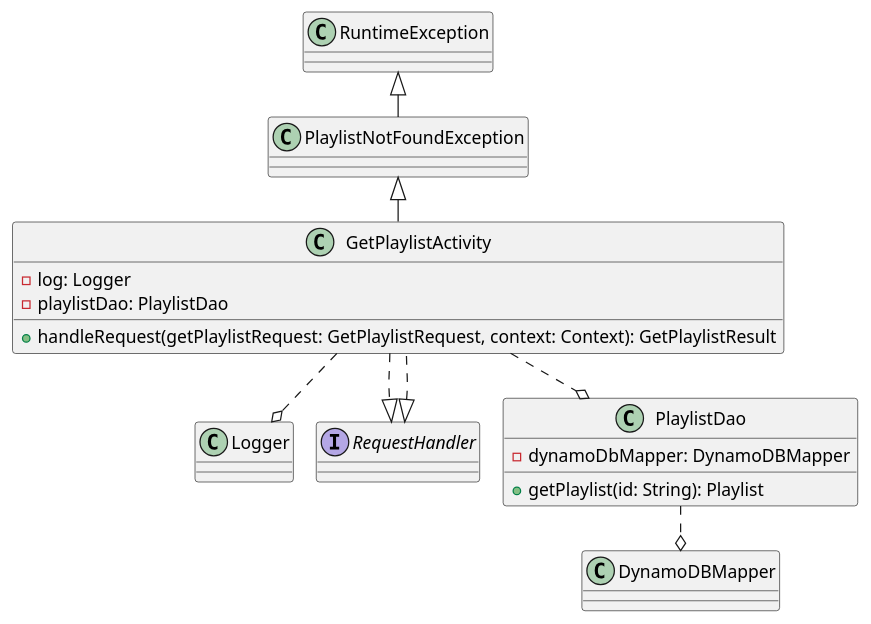
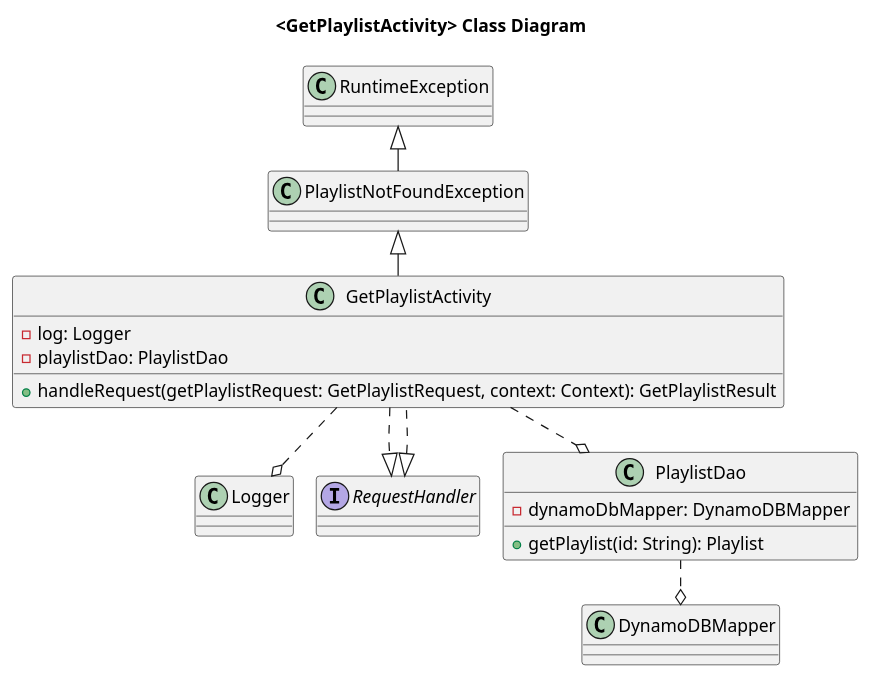
Before and after one commit to cybersister/bd-working-with-databases-music-playlist-service: the third of 7 diagrams in src/resources/mastery-task1-music-playlist-CD.puml, drawn with PlantUML. The commit also changed other lines of this file and 5 other files, not shown here.

Commit message:
finished reading through the DESIGN_DOCUMENT ... started up again on the class diagrams, still need to finish the last two: <AlbumTrack> and <Playlist> ... getting ready for a learning assistant appointment right now to see why my test class for mt1 is not running

```diff
--- a/src/resources/mastery-task1-music-playlist-CD.puml
+++ b/src/resources/mastery-task1-music-playlist-CD.puml
@@ -82,29 +86,31 @@
 @startuml
 !pragma layout smetana
+
+title <GetPlaylistActivity> Class Diagram
 
 GetPlaylistActivity ..o Logger
 
 class GetPlaylistActivity implements RequestHandler {
     - log: Logger
     - playlistDao: PlaylistDao
 
     + handleRequest(getPlaylistRequest: GetPlaylistRequest, context: Context): GetPlaylistResult
 }
 
 GetPlaylistActivity ..o PlaylistDao
 GetPlaylistActivity ..|> RequestHandler
 
 class PlaylistNotFoundException extends RuntimeException {
 }
 
 PlaylistNotFoundException <|-- GetPlaylistActivity
 
 class PlaylistDao {
     - dynamoDbMapper: DynamoDBMapper
 
     + getPlaylist(id: String): Playlist
 }
 
 PlaylistDao ..o DynamoDBMapper
 
 @enduml
```
